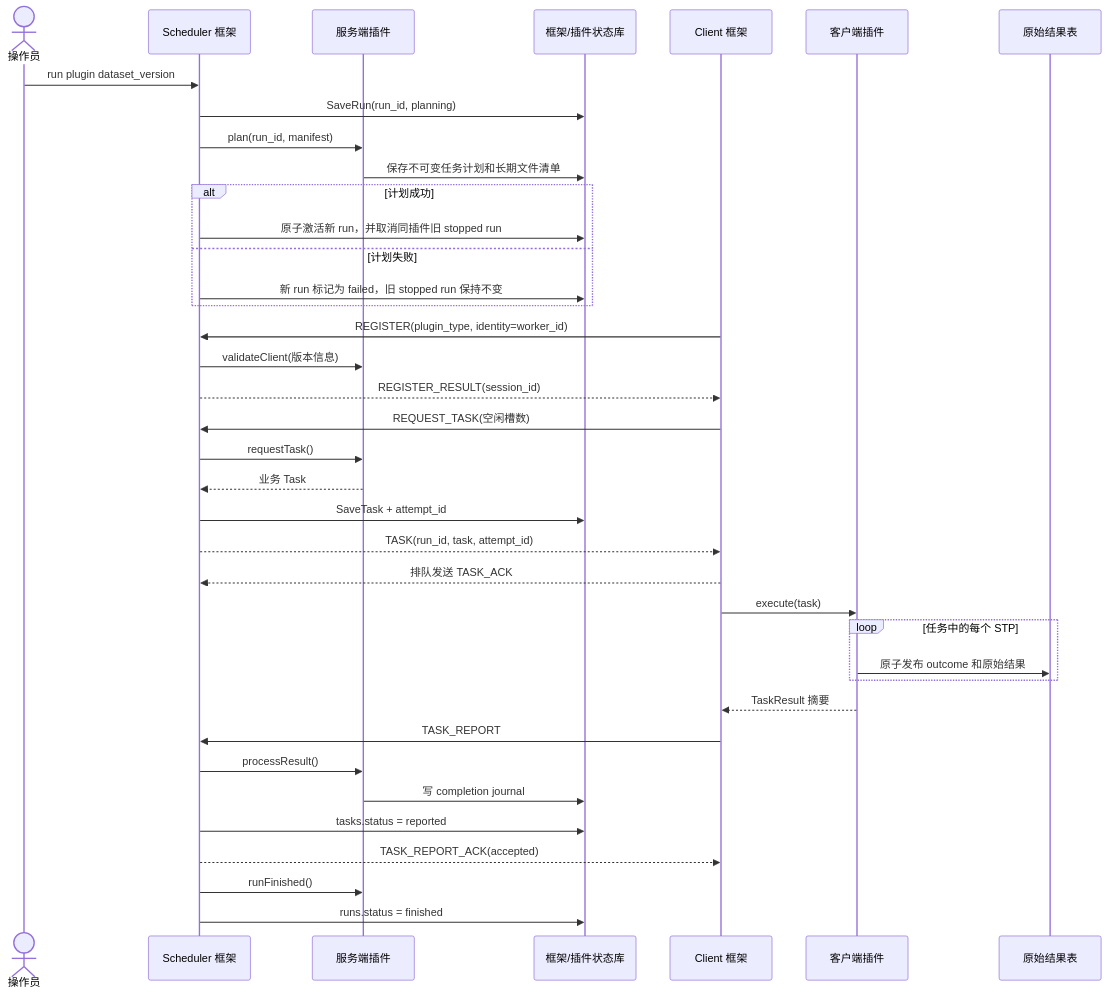
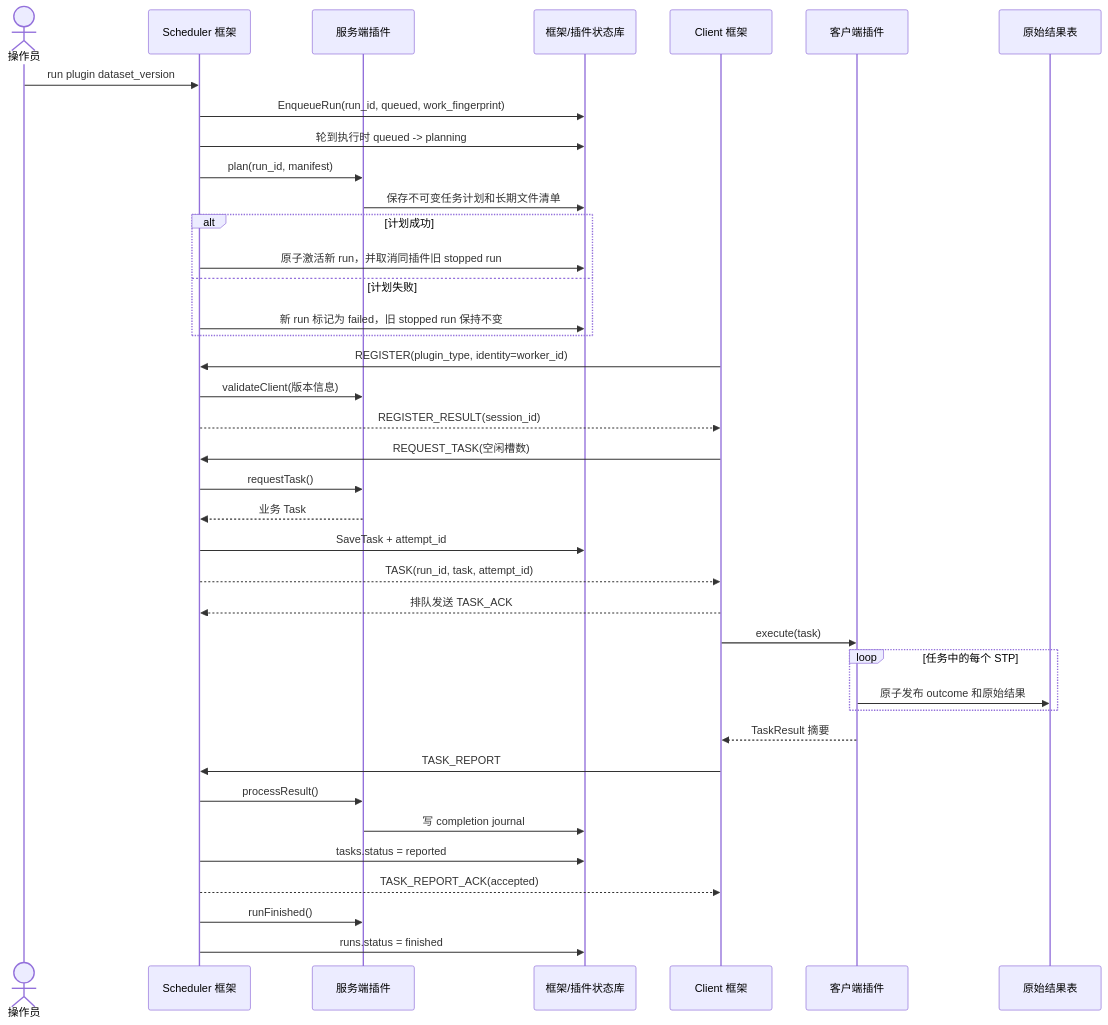
Before and after one commit to cuiyuexin428/TestTracking: the third of 8 diagrams in docs/设计说明.md, drawn with Mermaid. The commit also changed other lines of this file and 118 other files, not shown here.

````diff
--- a/docs/设计说明.md
+++ b/docs/设计说明.md
@@ -86,45 +88,46 @@
 ```mermaid
 sequenceDiagram
     actor User as 操作员
     participant Sch as Scheduler 框架
     participant SPlg as 服务端插件
     participant FDB as 框架/插件状态库
     participant Cli as Client 框架
     participant CPlg as 客户端插件
     participant RDB as 原始结果表
 
     User->>Sch: run plugin dataset_version
-    Sch->>FDB: SaveRun(run_id, planning)
+    Sch->>FDB: EnqueueRun(run_id, queued, work_fingerprint)
+    Sch->>FDB: 轮到执行时 queued -> planning
     Sch->>SPlg: plan(run_id, manifest)
     SPlg->>FDB: 保存不可变任务计划和长期文件清单
     alt 计划成功
         Sch->>FDB: 原子激活新 run，并取消同插件旧 stopped run
     else 计划失败
         Sch->>FDB: 新 run 标记为 failed，旧 stopped run 保持不变
     end
 
     Cli->>Sch: REGISTER(plugin_type, identity=worker_id)
     Sch->>SPlg: validateClient(版本信息)
     Sch-->>Cli: REGISTER_RESULT(session_id)
 
     Cli->>Sch: REQUEST_TASK(空闲槽数)
     Sch->>SPlg: requestTask()
     SPlg-->>Sch: 业务 Task
     Sch->>FDB: SaveTask + attempt_id
     Sch-->>Cli: TASK(run_id, task, attempt_id)
     Cli-->>Sch: 排队发送 TASK_ACK
 
     Cli->>CPlg: execute(task)
     loop 任务中的每个 STP
         CPlg->>RDB: 原子发布 outcome 和原始结果
     end
     CPlg-->>Cli: TaskResult 摘要
     Cli->>Sch: TASK_REPORT
     Sch->>SPlg: processResult()
     SPlg->>FDB: 写 completion journal
     Sch->>FDB: tasks.status = reported
     Sch-->>Cli: TASK_REPORT_ACK(accepted)
 
     Sch->>SPlg: runFinished()
     Sch->>FDB: runs.status = finished
 ```
````
